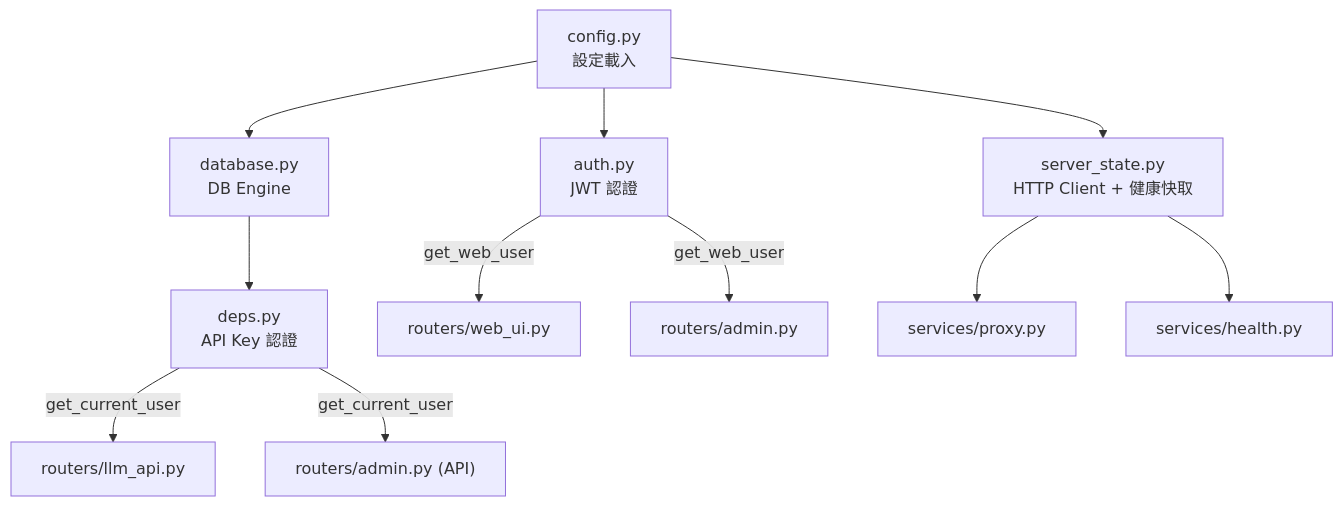
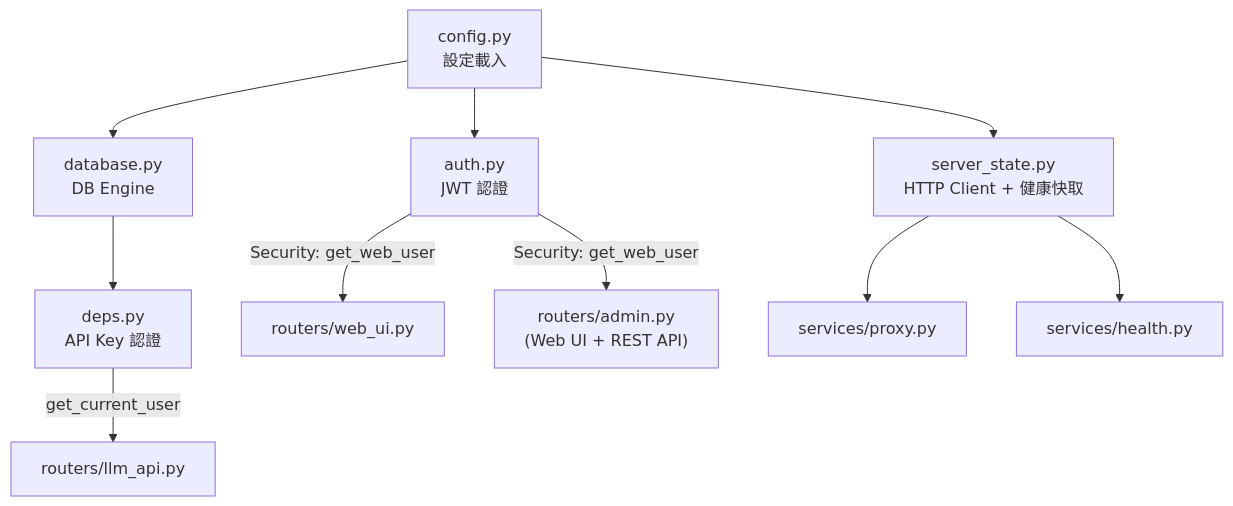
Before and after one commit to bwinken/llm-gateway: the diagram in app/core/README.md, drawn with Mermaid. The commit also changed other lines of this file and 7 other files, not shown here.

First line of the commit message:
Unify auth: use FastAPI Security dependency, admin routes all JWT

````diff
--- a/app/core/README.md
+++ b/app/core/README.md
@@ -7,13 +7,12 @@
 ```mermaid
 graph TD
     config["config.py<br/>設定載入"] --> database["database.py<br/>DB Engine"]
     config --> auth["auth.py<br/>JWT 認證"]
     config --> server_state["server_state.py<br/>HTTP Client + 健康快取"]
     database --> deps["deps.py<br/>API Key 認證"]
-    auth --> |get_web_user| WebUI["routers/web_ui.py"]
-    auth --> |get_web_user| Admin["routers/admin.py"]
+    auth --> |Security: get_web_user| WebUI["routers/web_ui.py"]
+    auth --> |Security: get_web_user| Admin["routers/admin.py<br/>(Web UI + REST API)"]
     deps --> |get_current_user| LLM_API["routers/llm_api.py"]
-    deps --> |get_current_user| AdminAPI["routers/admin.py (API)"]
     server_state --> Proxy["services/proxy.py"]
     server_state --> Health["services/health.py"]
 ```
````
